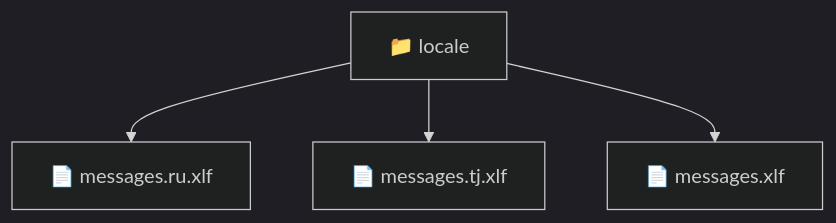
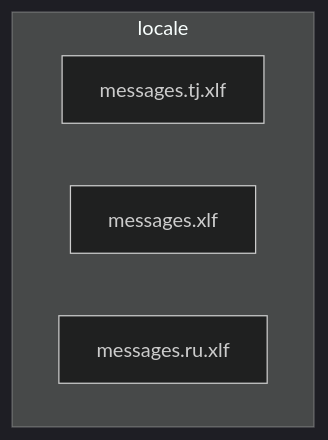
The diagram in frontend/src/locale/README.md (beginwebdev2002/fullstack-mavluda), drawn with Mermaid (dark theme) before and after one commit. The commit also changed other lines of this file and 163 other files, not shown here.

````diff
--- a/frontend/src/locale/README.md
+++ b/frontend/src/locale/README.md
@@ -9,7 +15,8 @@
 ```mermaid
 graph TD
-  Root["📁 locale"]
-  Root --> messages_ru_xlf["📄 messages.ru.xlf"]
-  Root --> messages_tj_xlf["📄 messages.tj.xlf"]
-  Root --> messages_xlf["📄 messages.xlf"]
+  subgraph locale
+    messages_tj_xlf["messages.tj.xlf"]
+    messages_xlf["messages.xlf"]
+    messages_ru_xlf["messages.ru.xlf"]
+  end
 ```
````
